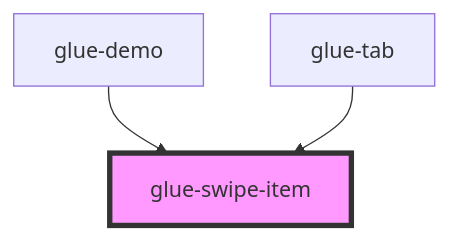
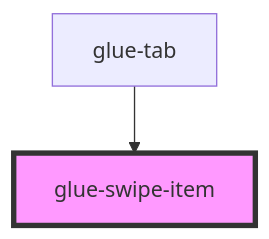
One commit to grasilife/glue changed the diagram in packages/glue-components/src/components/glue-swipe-item/readme.md. Above: the diagram before and after it, drawn with Mermaid. The commit also changed other lines of this file and 29 other files, not shown here.

Commit message:
完善Icon 图标文档

````diff
--- a/packages/glue-components/src/components/glue-swipe-item/readme.md
+++ b/packages/glue-components/src/components/glue-swipe-item/readme.md
@@ -36,6 +35,5 @@
 ```mermaid
 graph TD;
-  glue-demo --> glue-swipe-item
   glue-tab --> glue-swipe-item
   style glue-swipe-item fill:#f9f,stroke:#333,stroke-width:4px
 ```
````
